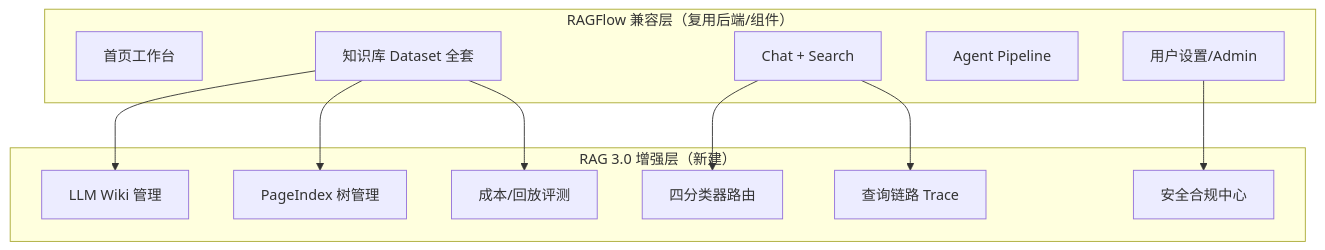
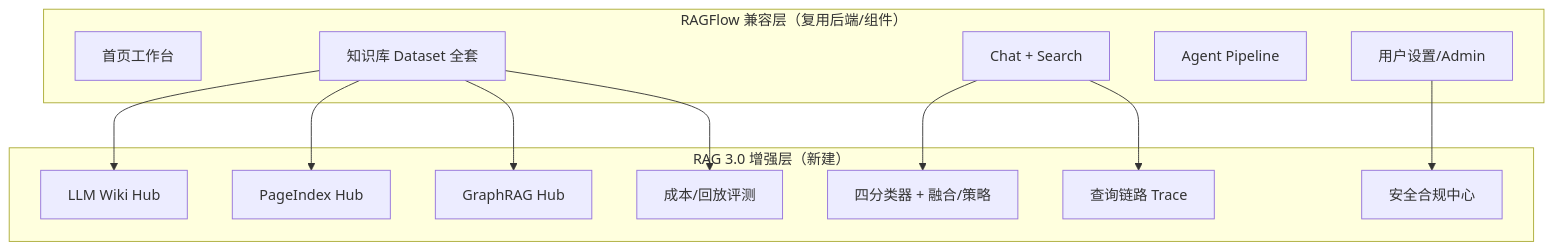
Before and after one commit to zeus-maker/NexusRAG: diagram 20 of 21 in docs/prd/前端界面实现方案.md, drawn with Mermaid. The commit also changed other lines of this file and 2 other files, not shown here.

Commit message:
1.6 收尾已完成，GraphRAG / LazyGraphRAG 的管理与可视化 ASCII 均已写入主文档，并对照表、README 同步至 v1.6。

````diff
--- a/docs/prd/前端界面实现方案.md
+++ b/docs/prd/前端界面实现方案.md
@@ -5290,22 +5666,23 @@
 ```mermaid
 flowchart TB
     subgraph 兼容层["RAGFlow 兼容层（复用后端/组件）"]
         A1[首页工作台]
         A2[知识库 Dataset 全套]
         A3[Chat + Search]
         A4[Agent Pipeline]
         A5[用户设置/Admin]
     end
     subgraph 增强层["RAG 3.0 增强层（新建）"]
-        B1[LLM Wiki 管理]
-        B2[PageIndex 树管理]
-        B3[四分类器路由]
+        B1[LLM Wiki Hub]
+        B2[PageIndex Hub]
+        B2b[GraphRAG Hub]
+        B3[四分类器 + 融合/策略]
         B4[查询链路 Trace]
         B5[安全合规中心]
         B6[成本/回放评测]
     end
-    A2 --> B1 & B2
+    A2 --> B1 & B2 & B2b
     A3 --> B3 & B4
     A5 --> B5
     A2 --> B6
 ```
````
